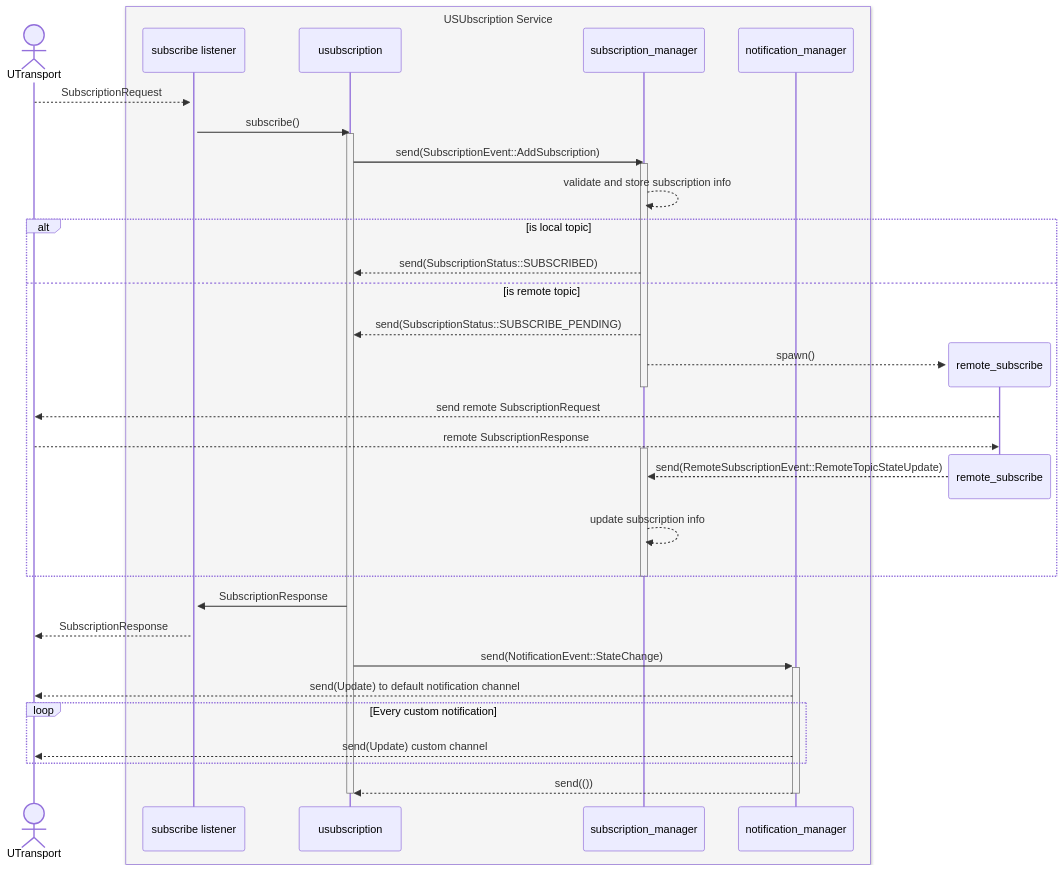
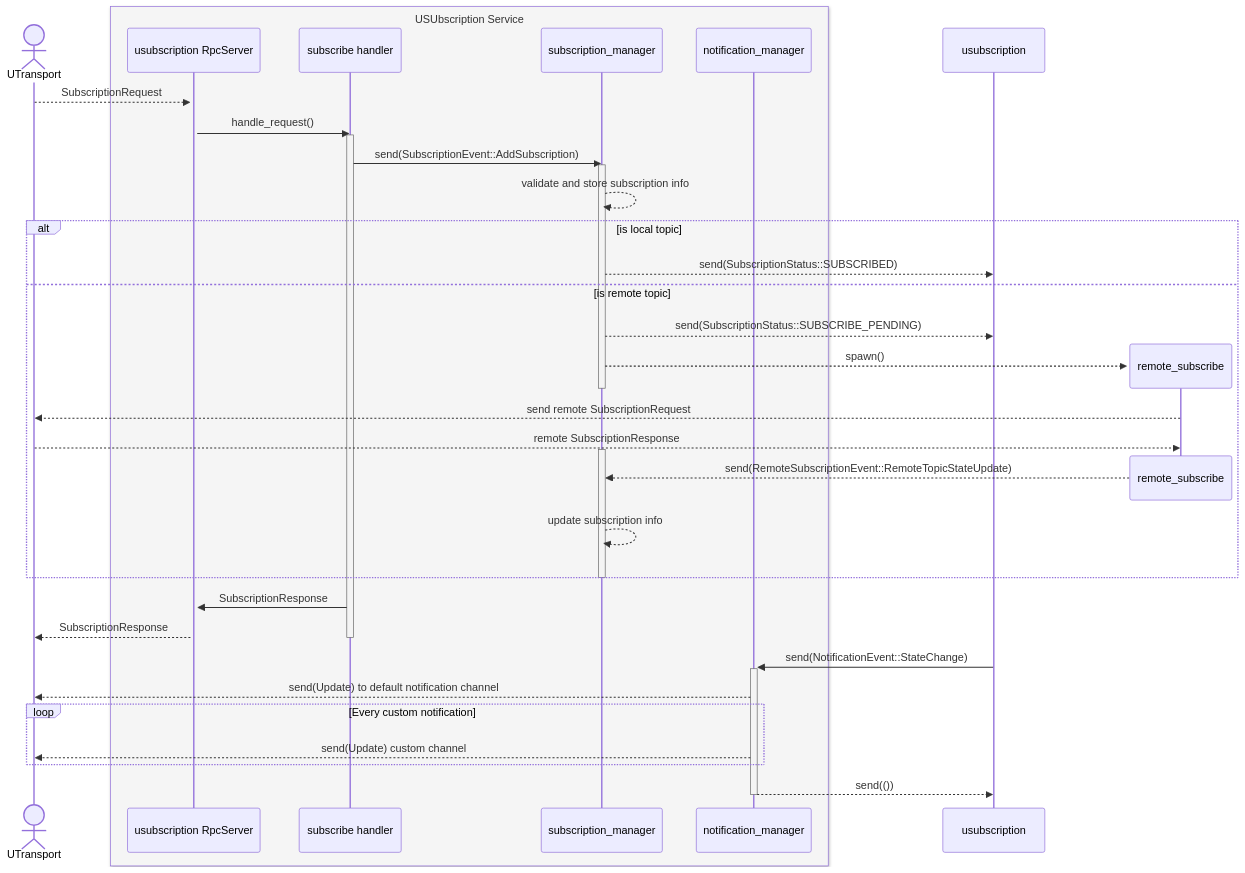
The second of 2 diagrams in README.md (eclipse-uprotocol/up-subscription-rust), drawn with Mermaid before and after one commit. The commit also changed other lines of this file and 3 other files, not shown here.

````diff
--- a/README.md
+++ b/README.md
@@ -126,56 +123,55 @@
 ```mermaid
 sequenceDiagram
    actor UTransport
    box WhiteSmoke USUbscription Service
-      participant subscribe listener
-      participant usubscription
+      participant usubscription RpcServer
+      participant subscribe handler
       participant subscription_manager
       participant notification_manager
    end
 
-   UTransport-->>+subscribe listener: SubscriptionRequest
-   subscribe listener->>usubscription: subscribe()
+   UTransport-->>+usubscription RpcServer: SubscriptionRequest
+   usubscription RpcServer->>subscribe handler: handle_request()
    
-   activate usubscription
-      usubscription->>subscription_manager: send(SubscriptionEvent::AddSubscription)
+   activate subscribe handler
+      subscribe handler->>subscription_manager: send(SubscriptionEvent::AddSubscription)
    activate subscription_manager
          subscription_manager-->>subscription_manager: validate and store subscription info
 
          alt is local topic
             subscription_manager-->>usubscription: send(SubscriptionStatus::SUBSCRIBED)
 
          else is remote topic
             subscription_manager-->>usubscription: send(SubscriptionStatus::SUBSCRIBE_PENDING)
 
             create participant remote_subscribe
                subscription_manager-->>remote_subscribe: spawn()
    deactivate subscription_manager
                remote_subscribe-->>UTransport: send remote SubscriptionRequest
                UTransport-->>remote_subscribe: remote SubscriptionResponse
 
    #            remote_subscribe->>+notification_manager: send(NotificationEvent::StateChange)
    #            notification_manager-->>UTransport: send(Update) to default notification channel   
    #            loop Every custom notification
    #               notification_manager-->>UTransport: send(Update) custom channel
    #            end
    #            notification_manager-->>-remote_subscribe: send(())
 
    activate subscription_manager
                destroy remote_subscribe
                   remote_subscribe-->>subscription_manager: send(RemoteSubscriptionEvent::RemoteTopicStateUpdate)
                subscription_manager-->>subscription_manager: update subscription info
          end
    deactivate subscription_manager
 
-      usubscription->>subscribe listener: SubscriptionResponse
-      subscribe listener-->>UTransport: SubscriptionResponse
+      subscribe handler->>usubscription RpcServer: SubscriptionResponse
+      usubscription RpcServer-->>UTransport: SubscriptionResponse
+   deactivate subscribe handler
 
-      usubscription->>+notification_manager: send(NotificationEvent::StateChange)
-      notification_manager-->>UTransport: send(Update) to default notification channel   
-      loop Every custom notification
-         notification_manager-->>UTransport: send(Update) custom channel
-      end
-      notification_manager-->>-usubscription: send(())
-   deactivate usubscription
-
+   usubscription->>+notification_manager: send(NotificationEvent::StateChange)
+   notification_manager-->>UTransport: send(Update) to default notification channel   
+   loop Every custom notification
+      notification_manager-->>UTransport: send(Update) custom channel
+   end
+   notification_manager-->>-usubscription: send(())
 ```
````
